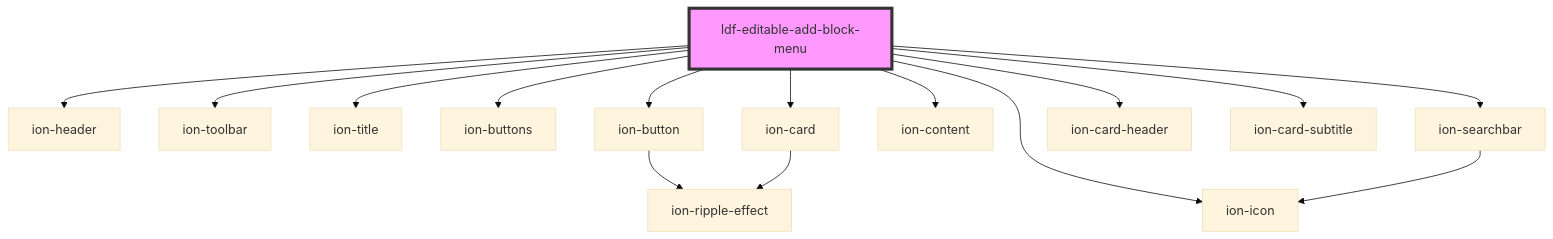
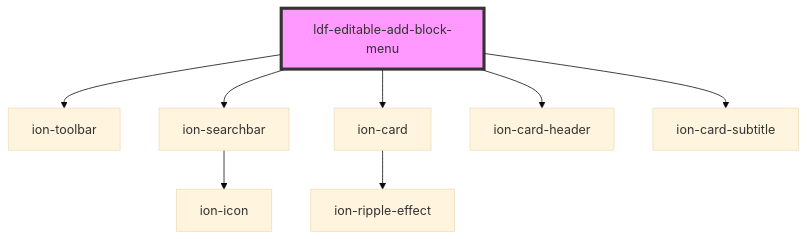
Before and after one commit to gbj/venite: the diagram in components/src/components/editable-add-block-menu/readme.md, drawn with Mermaid (base theme). The commit also changed other lines of this file and 81 other files, not shown here.

````diff
--- a/components/src/components/editable-add-block-menu/readme.md
+++ b/components/src/components/editable-add-block-menu/readme.md
@@ -32,18 +26,11 @@
 ```mermaid
 graph TD;
-  ldf-editable-add-block-menu --> ion-header
   ldf-editable-add-block-menu --> ion-toolbar
-  ldf-editable-add-block-menu --> ion-title
-  ldf-editable-add-block-menu --> ion-buttons
-  ldf-editable-add-block-menu --> ion-button
-  ldf-editable-add-block-menu --> ion-icon
   ldf-editable-add-block-menu --> ion-searchbar
-  ldf-editable-add-block-menu --> ion-content
   ldf-editable-add-block-menu --> ion-card
   ldf-editable-add-block-menu --> ion-card-header
   ldf-editable-add-block-menu --> ion-card-subtitle
-  ion-button --> ion-ripple-effect
   ion-searchbar --> ion-icon
   ion-card --> ion-ripple-effect
   style ldf-editable-add-block-menu fill:#f9f,stroke:#333,stroke-width:4px
 ```
````
